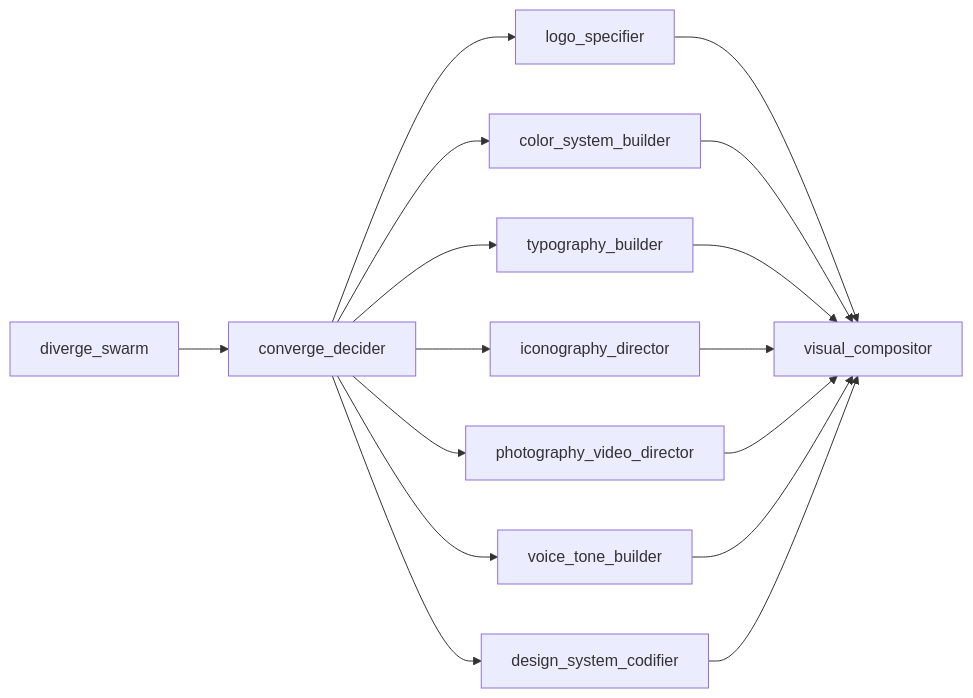
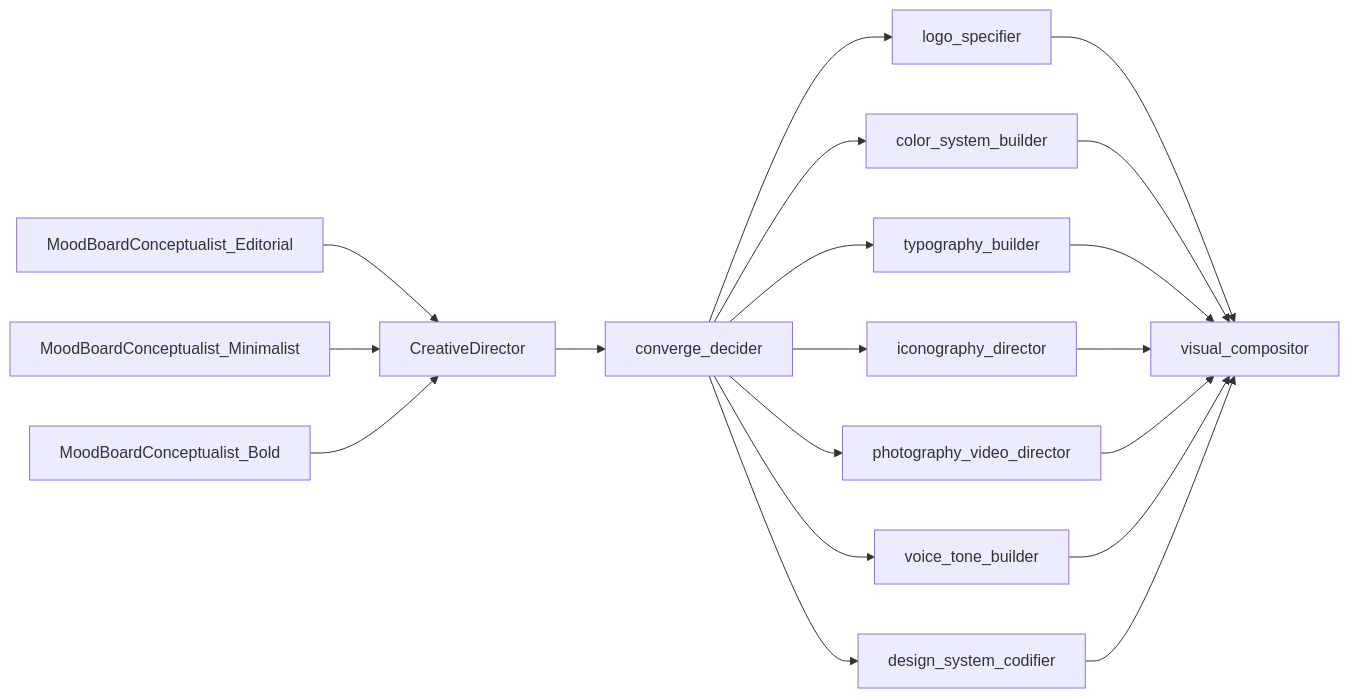
One commit to brandonkindred/Khala-Agentic-AI-Teams changed the second of 3 diagrams in backend/agents/branding_team/README.md. Above: the diagram before and after it, drawn with Mermaid. The commit also changed other lines of this file and 4 other files, not shown here.

````diff
--- a/backend/agents/branding_team/README.md
+++ b/backend/agents/branding_team/README.md
@@ -113,18 +113,21 @@
 ```mermaid
 flowchart LR
-    diverge[diverge_swarm] --> converge[converge_decider]
+    ed[MoodBoardConceptualist_Editorial] --> cd[CreativeDirector]
+    min[MoodBoardConceptualist_Minimalist] --> cd
+    bold[MoodBoardConceptualist_Bold] --> cd
+    cd --> converge[converge_decider]
     converge --> logo[logo_specifier]
     converge --> color[color_system_builder]
     converge --> typo[typography_builder]
     converge --> icon[iconography_director]
     converge --> photo[photography_video_director]
     converge --> voice[voice_tone_builder]
     converge --> design[design_system_codifier]
     logo --> compositor[visual_compositor]
     color --> compositor
     typo --> compositor
     icon --> compositor
     photo --> compositor
     voice --> compositor
     design --> compositor
 ```
````
